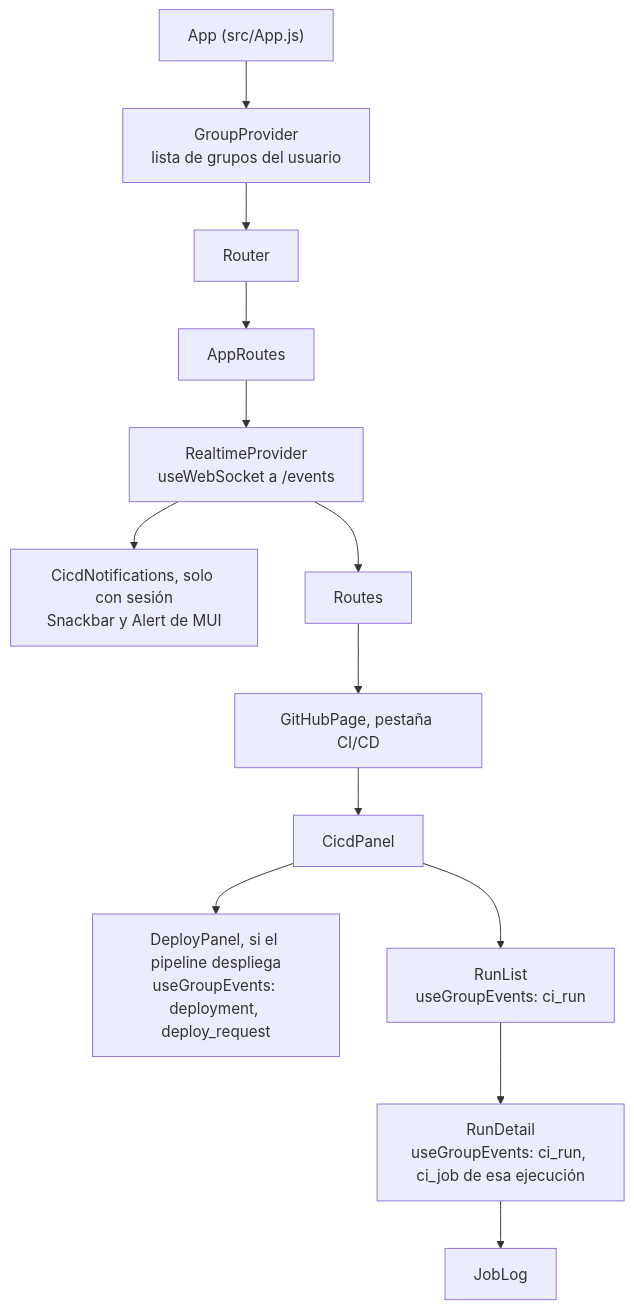
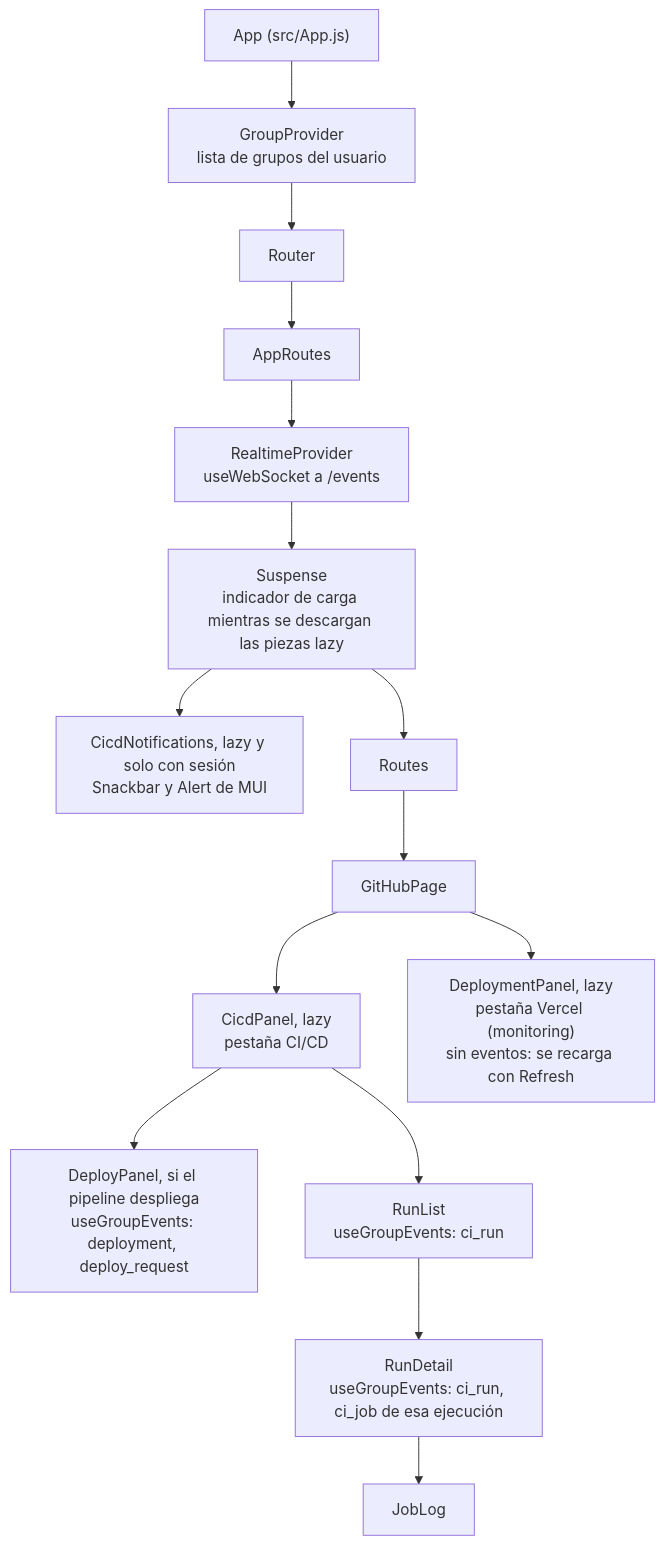
One commit to PabloP150/proyecto-is-cc6 changed the diagram in documentacion/05-interfaz/09-tiempo-real-y-avisos.md. Above: the diagram before and after it, drawn with Mermaid. The commit also changed other lines of this file and 204 other files, not shown here.

First line of the commit message:
docs: update all documentation, diagrams and PNGs to the test/e2e state

````diff
--- a/documentacion/05-interfaz/09-tiempo-real-y-avisos.md
+++ b/documentacion/05-interfaz/09-tiempo-real-y-avisos.md
@@ -54,15 +58,17 @@
 ```mermaid
 flowchart TD
     APP["App (src/App.js)"] --> GP["GroupProvider<br/>lista de grupos del usuario"]
     GP --> RT["Router"]
     RT --> AR["AppRoutes"]
     AR --> RP["RealtimeProvider<br/>useWebSocket a /events"]
-    RP --> CN["CicdNotifications, solo con sesión<br/>Snackbar y Alert de MUI"]
-    RP --> ROUTES["Routes"]
-    ROUTES --> GH["GitHubPage, pestaña CI/CD"]
-    GH --> CP["CicdPanel"]
+    RP --> SU["Suspense<br/>indicador de carga mientras se descargan las piezas lazy"]
+    SU --> CN["CicdNotifications, lazy y solo con sesión<br/>Snackbar y Alert de MUI"]
+    SU --> ROUTES["Routes"]
+    ROUTES --> GH["GitHubPage"]
+    GH --> CP["CicdPanel, lazy<br/>pestaña CI/CD"]
     CP --> DP["DeployPanel, si el pipeline despliega<br/>useGroupEvents: deployment, deploy_request"]
     CP --> RL["RunList<br/>useGroupEvents: ci_run"]
     RL --> RD["RunDetail<br/>useGroupEvents: ci_run, ci_job de esa ejecución"]
     RD --> JL["JobLog"]
+    GH --> VP["DeploymentPanel, lazy<br/>pestaña Vercel (monitoring)<br/>sin eventos: se recarga con Refresh"]
 ```
````
